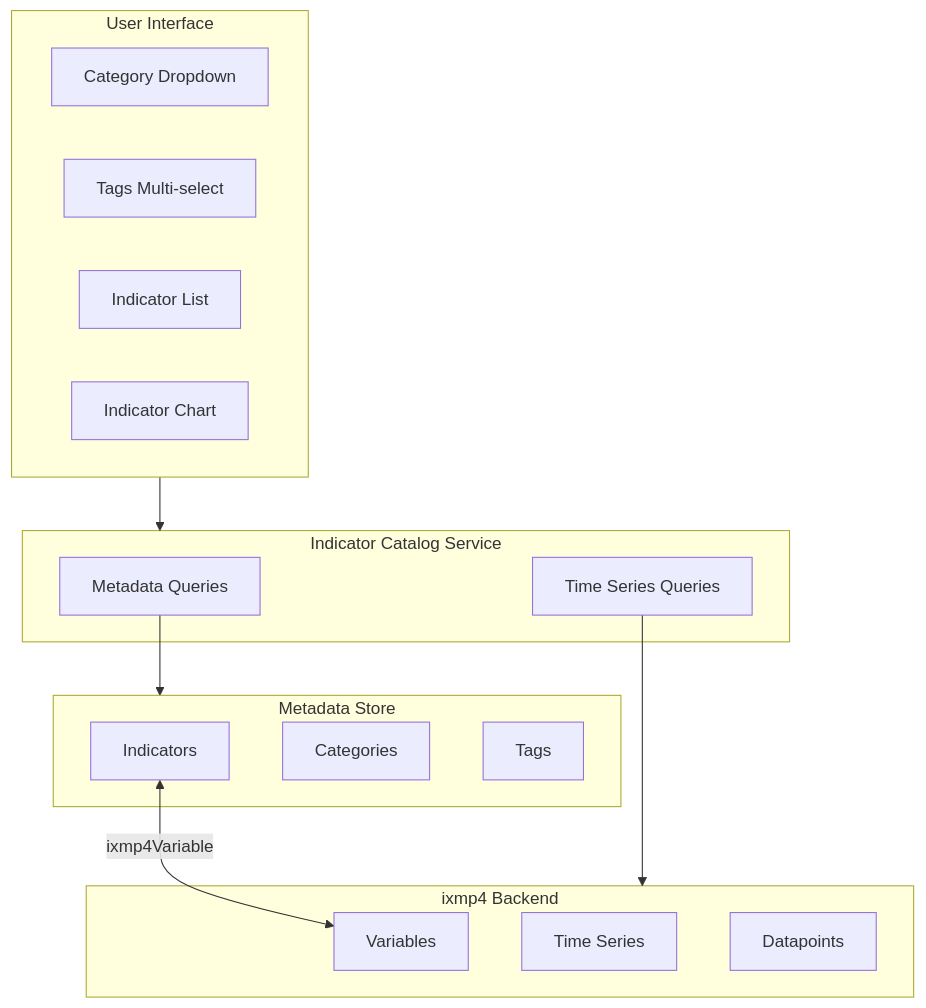
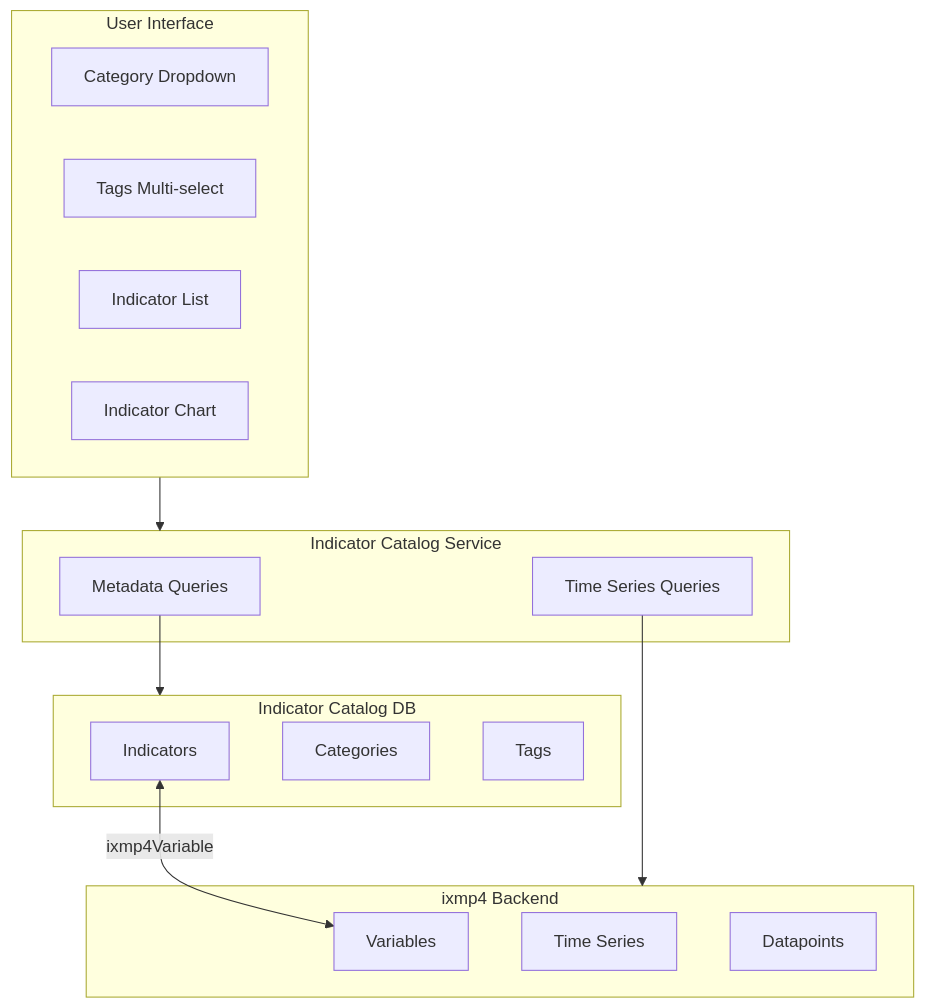
One commit to upbeat-works/provide changed the third of 5 diagrams in plan/TECHNICAL_PLAN.md. Above: the diagram before and after it, drawn with Mermaid. The commit also changed other lines of this file, not shown here.

````diff
--- a/plan/TECHNICAL_PLAN.md
+++ b/plan/TECHNICAL_PLAN.md
@@ -176,31 +161,31 @@
 ```mermaid
 flowchart TB
     subgraph UI["User Interface"]
         dropdown["Category Dropdown"]
         tags["Tags Multi-select"]
         list["Indicator List"]
         chart["Indicator Chart"]
     end
 
     subgraph Service["Indicator Catalog Service"]
         metadata["Metadata Queries"]
         timeseries["Time Series Queries"]
     end
 
-    subgraph MetadataStore["Metadata Store"]
+    subgraph MetadataStore["Indicator Catalog DB"]
         indicators["Indicators"]
         categories["Categories"]
         tagsTable["Tags"]
     end
 
     subgraph ixmp4["ixmp4 Backend"]
         variable["Variables"]
         ts["Time Series"]
         datapoints["Datapoints"]
     end
 
     UI --> Service
     metadata --> MetadataStore
     timeseries --> ixmp4
     indicators <-->|"ixmp4Variable"| variable
 ```
````
